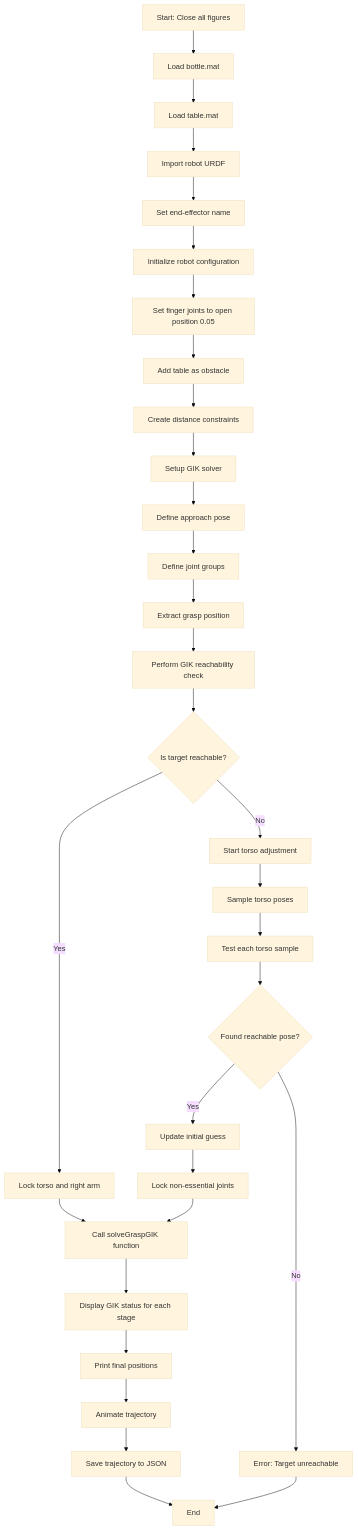
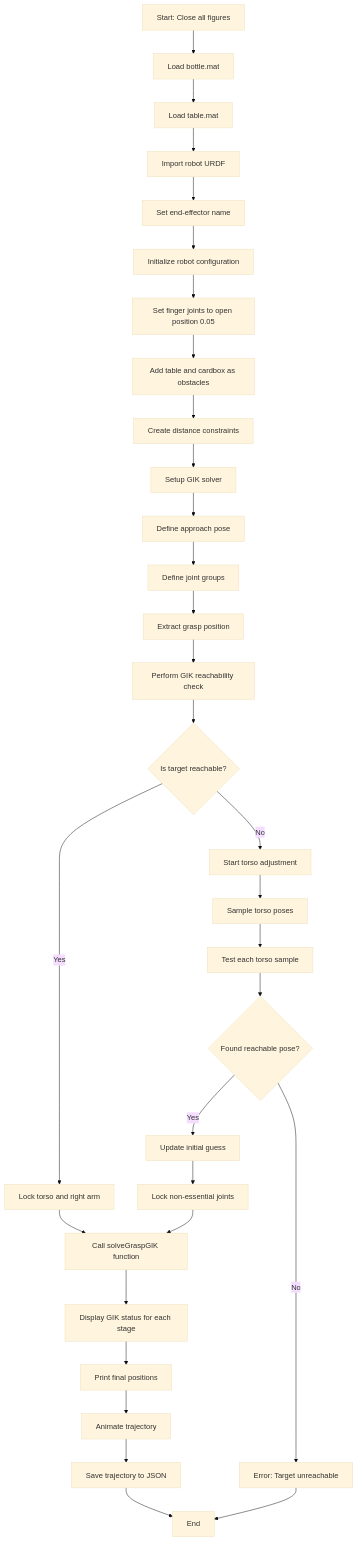
Before and after one commit to phoenixjyb/gikForR1Arm: the diagram in simpleGIKprocess_R1BodyAndMug_flowchart.md, drawn with Mermaid (base theme). The commit also changed other lines of this file and 2 other files, not shown here.

Commit message:
Update documentation: README (EN/中文) and architecture flowchart to reflect robust workflow, left-arm sampling, cardbox, and clean branch structure.

````diff
--- a/simpleGIKprocess_R1BodyAndMug_flowchart.md
+++ b/simpleGIKprocess_R1BodyAndMug_flowchart.md
@@ -8,37 +17,33 @@
 ```mermaid
 flowchart TD
     A[Start: Close all figures] --> B[Load bottle.mat]
     B --> C[Load table.mat]
     C --> D[Import robot URDF]
     D --> E[Set end-effector name]
     E --> F[Initialize robot configuration]
     F --> G[Set finger joints to open position 0.05]
-    G --> H[Add table as obstacle]
+    G --> H[Add table and cardbox as obstacles]
     H --> I[Create distance constraints]
     I --> J[Setup GIK solver]
     J --> K[Define approach pose]
     K --> L[Define joint groups]
     L --> M[Extract grasp position]
     M --> N[Perform GIK reachability check]
-    
     N --> O{Is target reachable?}
     O -->|Yes| P[Lock torso and right arm]
     O -->|No| Q[Start torso adjustment]
-    
     P --> R[Call solveGraspGIK function]
     Q --> S[Sample torso poses]
     S --> T[Test each torso sample]
     T --> U{Found reachable pose?}
     U -->|No| V[Error: Target unreachable]
     U -->|Yes| W[Update initial guess]
     W --> X[Lock non-essential joints]
     X --> R
-    
     R --> Y[Display GIK status for each stage]
     Y --> Z[Print final positions]
     Z --> AA[Animate trajectory]
     AA --> BB[Save trajectory to JSON]
     BB --> CC[End]
-    
     V --> CC
 ```
````
